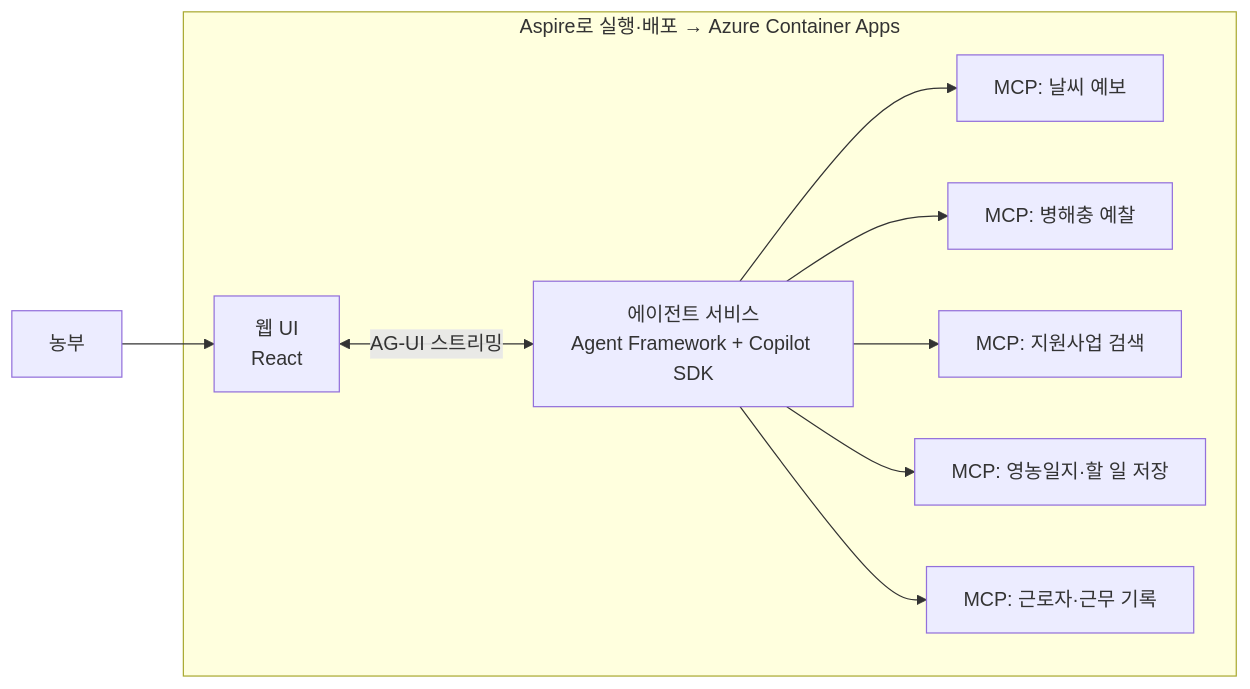
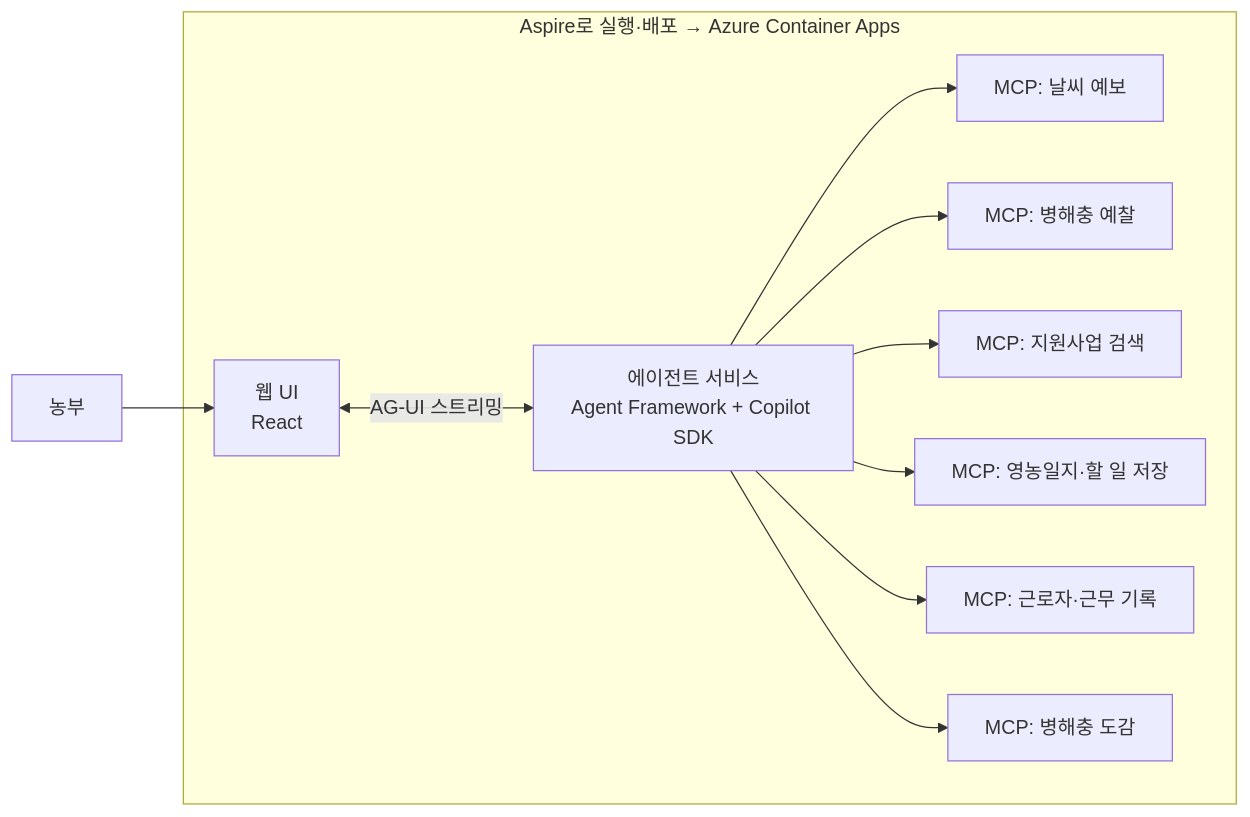
One commit to Team-minari-white-kimch/Team_minari-white-kimch changed the diagram in TRD.md. Above: the diagram before and after it, drawn with Mermaid. The commit also changed other lines of this file and 1 other file, not shown here.

````diff
--- a/TRD.md
+++ b/TRD.md
@@ -7,19 +7,21 @@
 ```mermaid
 flowchart LR
   U[농부] --> W[웹 UI<br/>React]
   W <-- AG-UI 스트리밍 --> A[에이전트 서비스<br/>Agent Framework + Copilot SDK]
   A --> M1[MCP: 날씨 예보]
   A --> M2[MCP: 병해충 예찰]
   A --> M3[MCP: 지원사업 검색]
   A --> M4[MCP: 영농일지·할 일 저장]
   A --> M5[MCP: 근로자·근무 기록]
+  A --> M6[MCP: 병해충 도감]
   subgraph Aspire[Aspire로 실행·배포 → Azure Container Apps]
     W
     A
     M1
     M2
     M3
     M4
     M5
+    M6
   end
 ```
````
